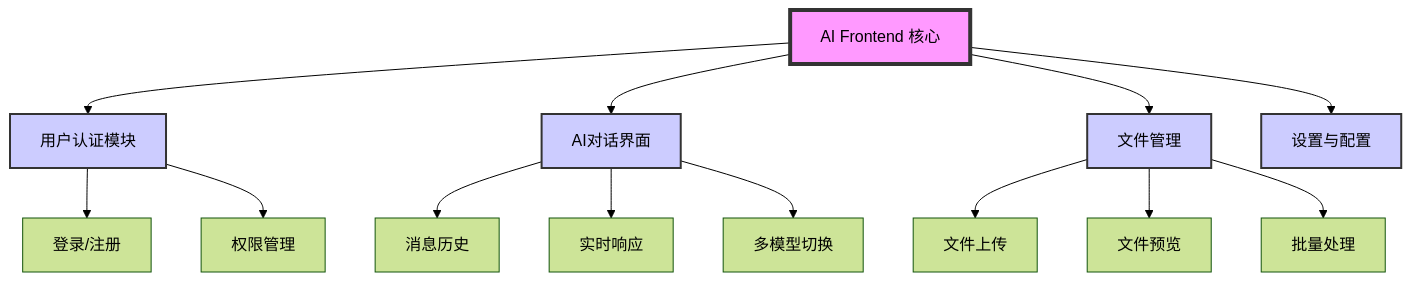
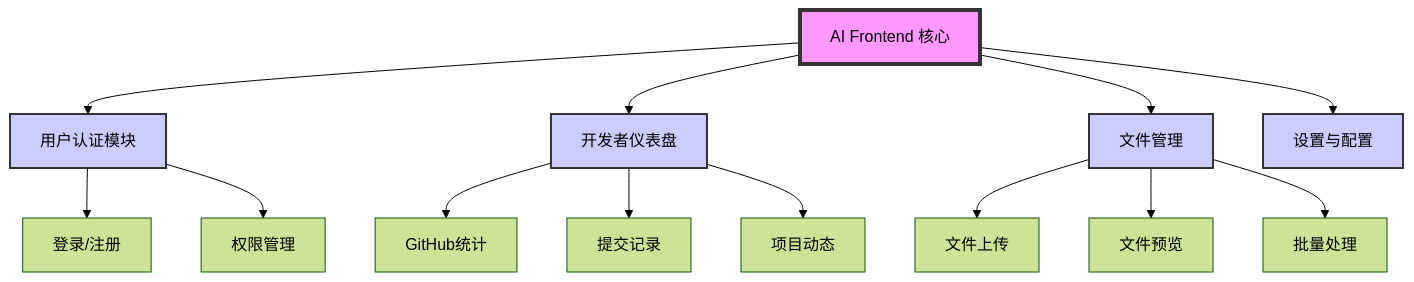
Before and after one commit to KivenYuan/aiProject: the diagram in FEATURE-MAP.md, drawn with Mermaid (forest theme). The commit also changed other lines of this file and 22 other files, not shown here.

````diff
--- a/FEATURE-MAP.md
+++ b/FEATURE-MAP.md
@@ -12,21 +12,21 @@
 ```mermaid
 graph TD
     A[AI Frontend 核心] --> B[用户认证模块]
-    A --> C[AI对话界面]
+    A --> C[开发者仪表盘]
     A --> D[文件管理]
     A --> E[设置与配置]
     B --> F[登录/注册]
     B --> G[权限管理]
-    C --> H[消息历史]
-    C --> I[实时响应]
-    C --> J[多模型切换]
+    C --> H[GitHub统计]
+    C --> I[提交记录]
+    C --> J[项目动态]
     D --> K[文件上传]
     D --> L[文件预览]
     D --> M[批量处理]
     
     style A fill:#f9f,stroke:#333,stroke-width:4px
     style B fill:#ccf,stroke:#333,stroke-width:2px
     style C fill:#ccf,stroke:#333,stroke-width:2px
     style D fill:#ccf,stroke:#333,stroke-width:2px
     style E fill:#ccf,stroke:#333,stroke-width:2px
 ```
````
